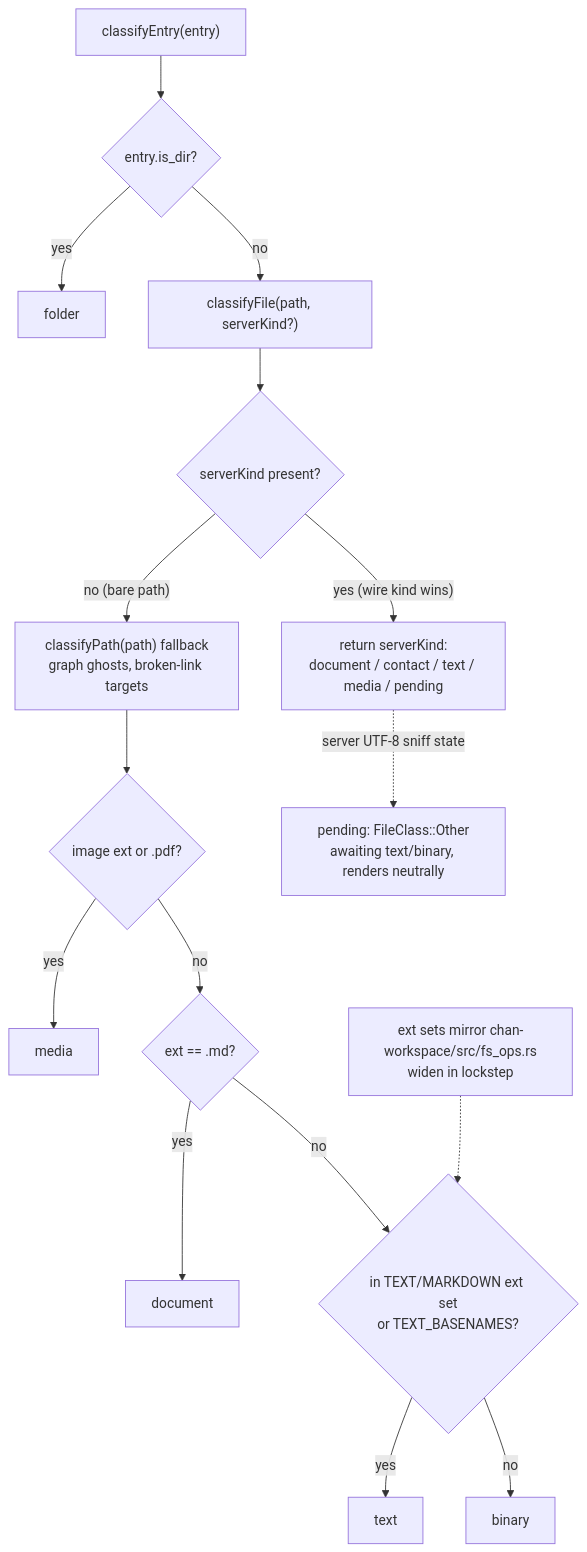
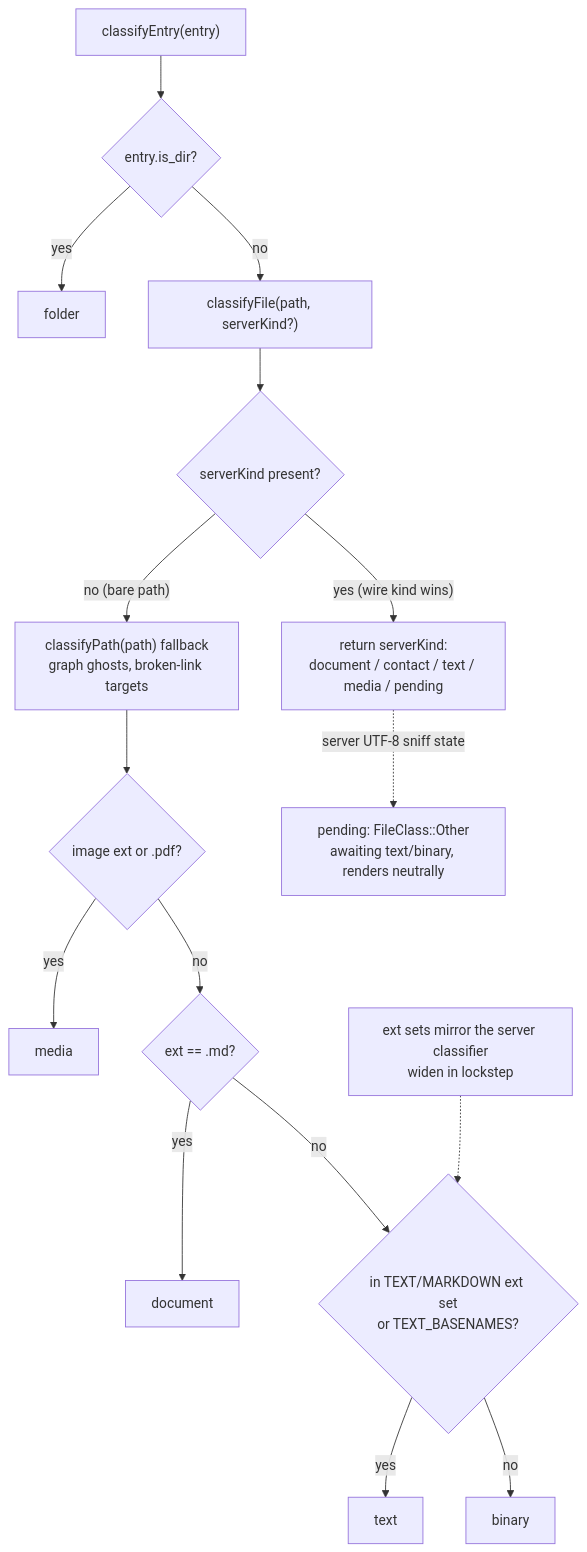
One commit to likewhatevs/chan changed the second of 2 diagrams in web/packages/workspace-app/src/design.md. Above: the diagram before and after it, drawn with Mermaid. The commit also changed other lines of this file and 20 other files, not shown here.

````diff
--- a/web/packages/workspace-app/src/design.md
+++ b/web/packages/workspace-app/src/design.md
@@ -126,18 +107,18 @@
 ```mermaid
 flowchart TD
     Entry["classifyEntry(entry)"] --> IsDir{"entry.is_dir?"}
     IsDir -->|yes| Folder["folder"]
     IsDir -->|no| CF["classifyFile(path, serverKind?)"]
     CF --> HasServer{"serverKind present?"}
     HasServer -->|"yes (wire kind wins)"| ServerWins["return serverKind:<br/>document / contact / text / media / pending"]
     HasServer -->|"no (bare path)"| CP["classifyPath(path) fallback<br/>graph ghosts, broken-link targets"]
     CP --> ExtImg{"image ext or .pdf?"}
     ExtImg -->|yes| Media["media"]
     ExtImg -->|no| ExtMd{"ext == .md?"}
     ExtMd -->|yes| Document["document"]
     ExtMd -->|no| ExtText{"in TEXT/MARKDOWN ext set<br/>or TEXT_BASENAMES?"}
     ExtText -->|yes| Text["text"]
     ExtText -->|no| Binary["binary"]
     ServerWins -.->|"server UTF-8 sniff state"| Pending["pending: FileClass::Other<br/>awaiting text/binary, renders neutrally"]
-    Note["ext sets mirror chan-workspace/src/fs_ops.rs<br/>widen in lockstep"] -.-> ExtText
+    Note["ext sets mirror the server classifier<br/>widen in lockstep"] -.-> ExtText
 ```
````
